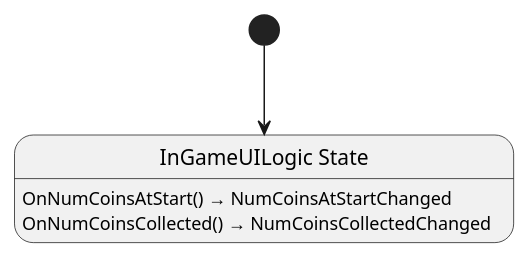
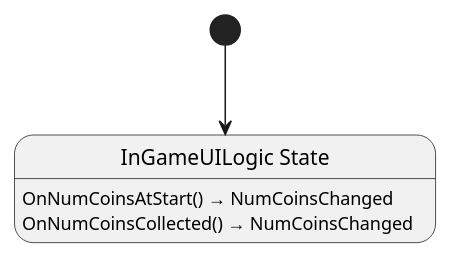
The diagram in docs/reference/InGameUILogic.g.puml (arturh85/AnkiTaiso), drawn with PlantUML before and after one commit. The commit also changed 15 other files, not shown here.

```diff
--- a/docs/reference/InGameUILogic.g.puml
+++ b/docs/reference/InGameUILogic.g.puml
@@ -1,7 +1,7 @@
 @startuml InGameUILogic
-state "InGameUILogic State" as GameDemo_InGameUILogic_State
-GameDemo_InGameUILogic_State : OnNumCoinsAtStart() → NumCoinsAtStartChanged
-GameDemo_InGameUILogic_State : OnNumCoinsCollected() → NumCoinsCollectedChanged
+state "InGameUILogic State" as kyoukaitansa_in_game_ui_state_InGameUILogic_State
+kyoukaitansa_in_game_ui_state_InGameUILogic_State : OnNumCoinsAtStart() → NumCoinsChanged
+kyoukaitansa_in_game_ui_state_InGameUILogic_State : OnNumCoinsCollected() → NumCoinsChanged
 
-[*] --> GameDemo_InGameUILogic_State
+[*] --> kyoukaitansa_in_game_ui_state_InGameUILogic_State
 @enduml
```
